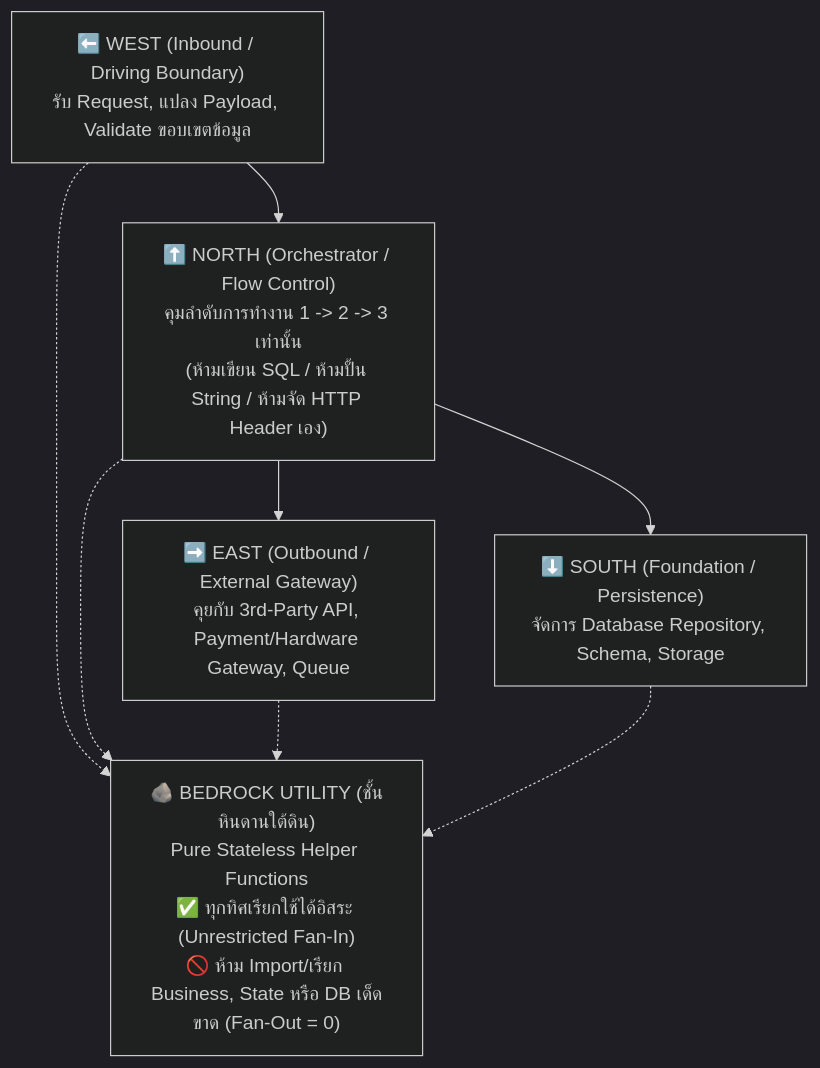
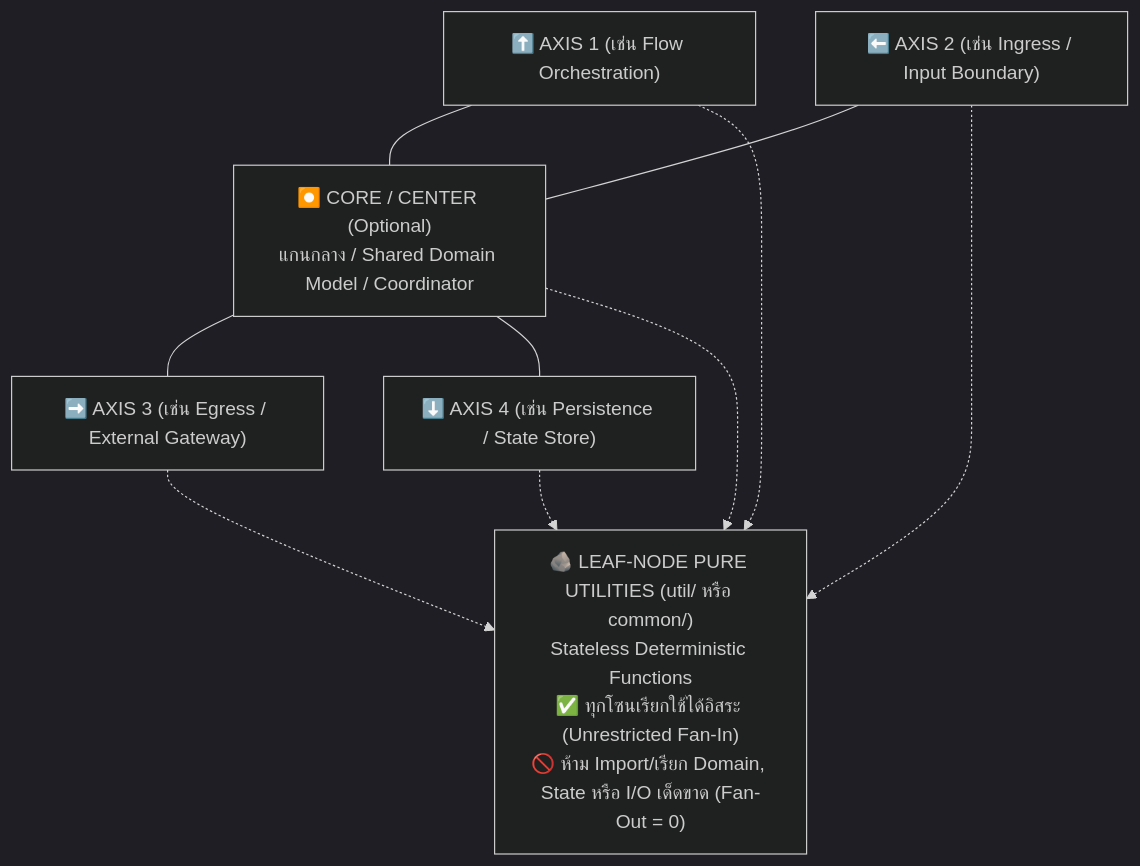
Before and after one commit to roticagas/defense-of-the-code: the second of 2 diagrams in README.md, drawn with Mermaid (dark theme). The commit also changed other lines of this file and 10 other files, not shown here.

Commit message:
refactor: replace colloquial metaphors with formal CS and software architecture terminology

````diff
--- a/README.md
+++ b/README.md
@@ -45,13 +47,15 @@
 ```mermaid
 flowchart TD
-    West["⬅️ WEST (Inbound / Driving Boundary)<br/>รับ Request, แปลง Payload, Validate ขอบเขตข้อมูล"] --> North["⬆️ NORTH (Orchestrator / Flow Control)<br/>คุมลำดับการทำงาน 1 -> 2 -> 3 เท่านั้น<br/>(ห้ามเขียน SQL / ห้ามปั้น String / ห้ามจัด HTTP Header เอง)"]
-    North --> East["➡️ EAST (Outbound / External Gateway)<br/>คุยกับ 3rd-Party API, Payment/Hardware Gateway, Queue"]
-    North --> South["⬇️ SOUTH (Foundation / Persistence)<br/>จัดการ Database Repository, Schema, Storage"]
+    Up["⬆️ AXIS 1 (เช่น Flow Orchestration)"] --- Center["⏺️ CORE / CENTER (Optional)<br/>แกนกลาง / Shared Domain Model / Coordinator"]
+    Left["⬅️ AXIS 2 (เช่น Ingress / Input Boundary)"] --- Center
+    Center --- Right["➡️ AXIS 3 (เช่น Egress / External Gateway)"]
+    Center --- Down["⬇️ AXIS 4 (เช่น Persistence / State Store)"]
     
-    Bedrock["🪨 BEDROCK UTILITY (ชั้นหินดานใต้ดิน)<br/>Pure Stateless Helper Functions<br/>✅ ทุกทิศเรียกใช้ได้อิสระ (Unrestricted Fan-In)<br/>🚫 ห้าม Import/เรียก Business, State หรือ DB เด็ดขาด (Fan-Out = 0)"]
+    Leaf["🪨 LEAF-NODE PURE UTILITIES (util/ หรือ common/)<br/>Stateless Deterministic Functions<br/>✅ ทุกโซนเรียกใช้ได้อิสระ (Unrestricted Fan-In)<br/>🚫 ห้าม Import/เรียก Domain, State หรือ I/O เด็ดขาด (Fan-Out = 0)"]
     
-    West -.-> Bedrock
-    North -.-> Bedrock
-    East -.-> Bedrock
-    South -.-> Bedrock
+    Center -.-> Leaf
+    Up -.-> Leaf
+    Left -.-> Leaf
+    Right -.-> Leaf
+    Down -.-> Leaf
 ```
````
